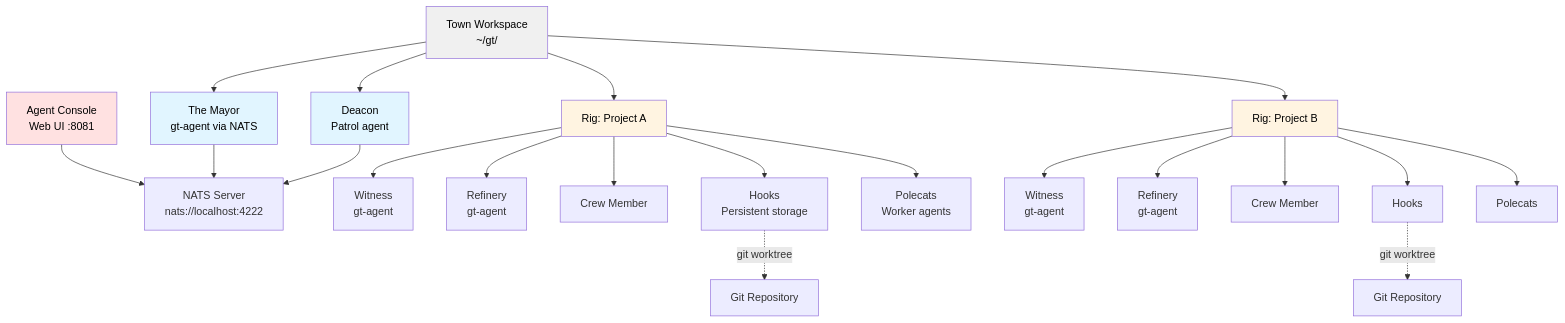
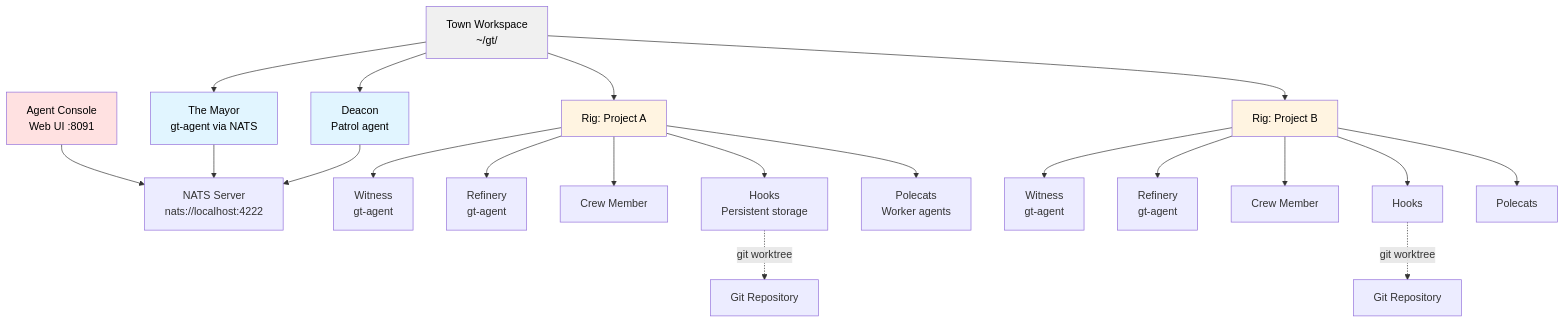
Before and after one commit to stevef1uk/gastown: the first of 4 diagrams in README.md, drawn with Mermaid. The commit also changed other lines of this file and 39 other files, not shown here.

First line of the commit message:
fix(rig-flow): auto-repair plan.md and stop flat handler path drift

````diff
--- a/README.md
+++ b/README.md
@@ -20,38 +20,38 @@
 ```mermaid
 graph TB
     Mayor[The Mayor<br/>gt-agent via NATS]
     Deacon[Deacon<br/>Patrol agent]
-    Console[Agent Console<br/>Web UI :8081]
+    Console[Agent Console<br/>Web UI :8091]
     Town[Town Workspace<br/>~/gt/]
     NATS[NATS Server<br/>nats://localhost:4222]
 
     Console --> NATS
     Mayor --> NATS
     Deacon --> NATS
     Town --> Mayor
     Town --> Deacon
     Town --> Rig1[Rig: Project A]
     Town --> Rig2[Rig: Project B]
 
     Rig1 --> Witness1[Witness<br/>gt-agent]
     Rig1 --> Refinery1[Refinery<br/>gt-agent]
     Rig1 --> Crew1[Crew Member]
     Rig1 --> Hooks1[Hooks<br/>Persistent storage]
     Rig1 --> Polecats1[Polecats<br/>Worker agents]
 
     Rig2 --> Witness2[Witness<br/>gt-agent]
     Rig2 --> Refinery2[Refinery<br/>gt-agent]
     Rig2 --> Crew2[Crew Member]
     Rig2 --> Hooks2[Hooks]
     Rig2 --> Polecats2[Polecats]
 
     Hooks1 -.git worktree.-> GitRepo1[Git Repository]
     Hooks2 -.git worktree.-> GitRepo2[Git Repository]
 
     style Mayor fill:#e1f5ff,color:#000000
     style Deacon fill:#e1f5ff,color:#000000
     style Console fill:#ffe1e1,color:#000000
     style Town fill:#f0f0f0,color:#000000
     style Rig1 fill:#fff4e1,color:#000000
     style Rig2 fill:#fff4e1,color:#000000
 ```
````
